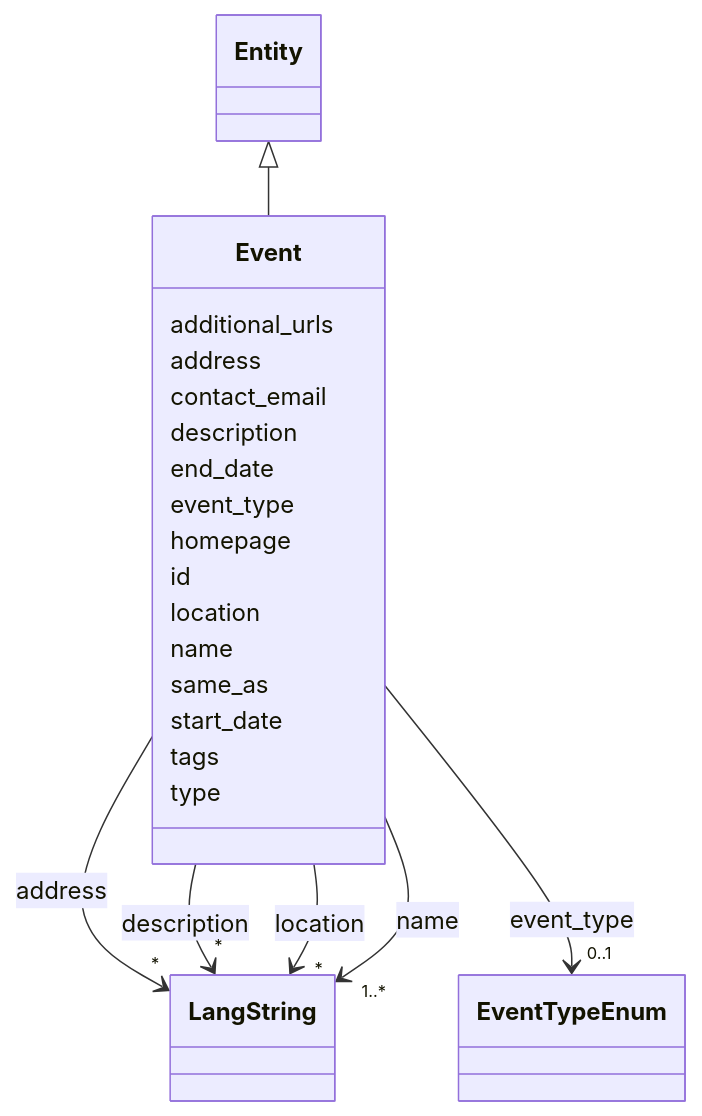
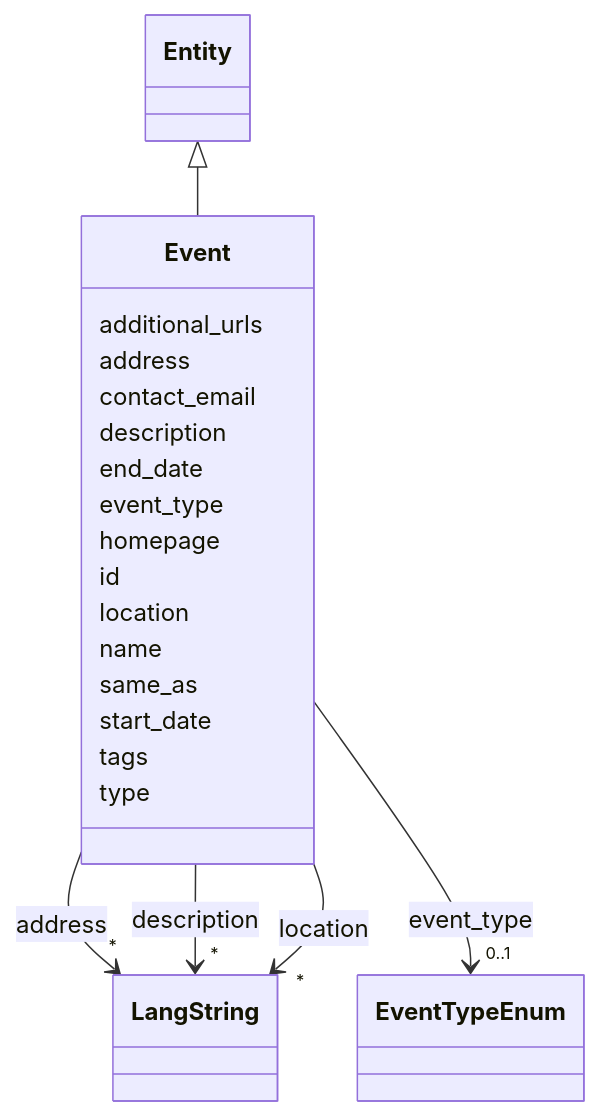
One commit to DARIAH-IL/idhi-manifests changed the diagram in docs/classes/Event.md. Above: the diagram before and after it, drawn with Mermaid. The commit also changed other lines of this file and 52 other files, not shown here.

```diff
--- a/docs/classes/Event.md
+++ b/docs/classes/Event.md
@@ -92,17 +92,6 @@
         
       Event : name
         
-          
-    
-        
-        
-        Event --> "1..*" LangString : name
-        
-        click LangString href "../../classes/LangString/"
-        
-    
-
-        
       Event : same_as
         
       Event : start_date
```
